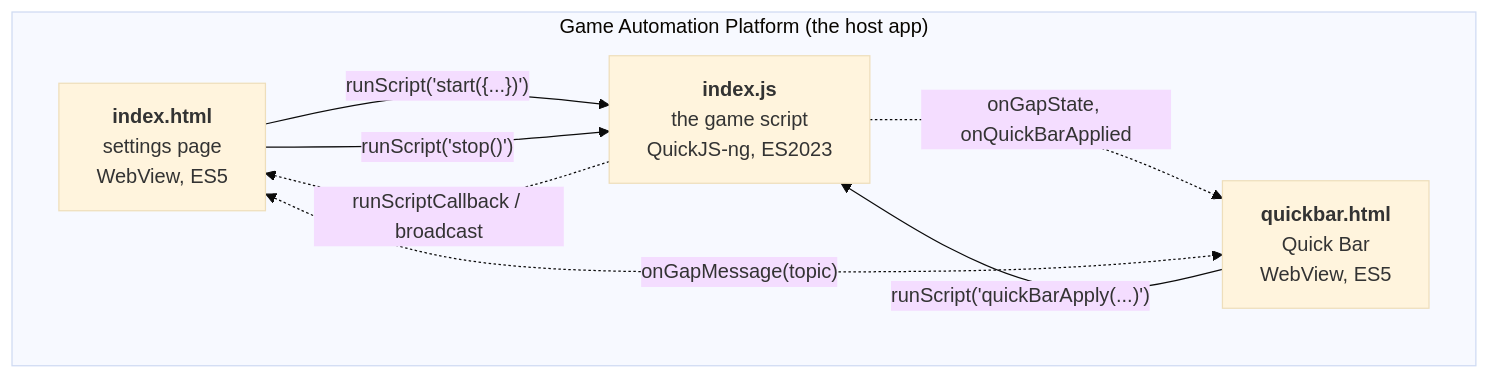
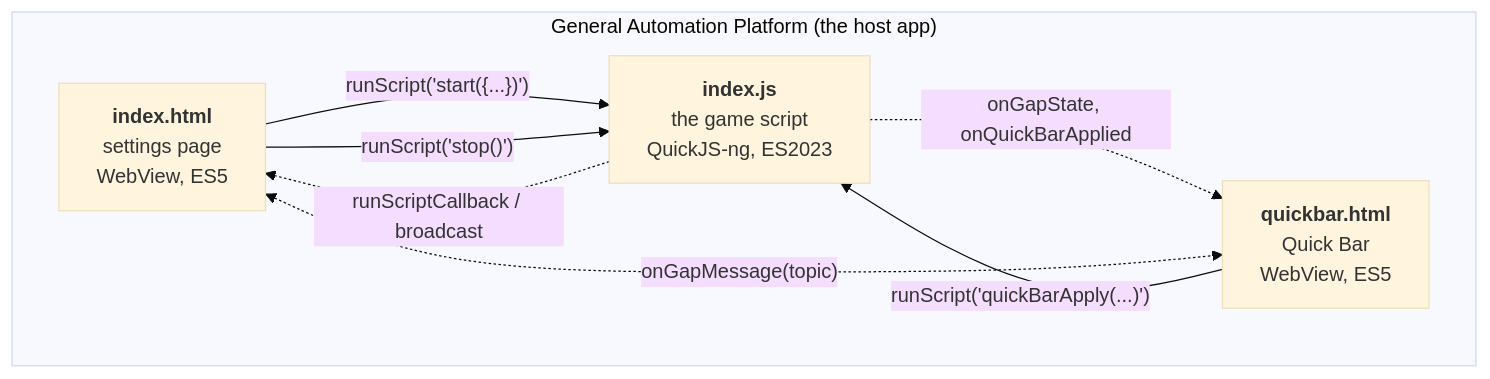
The diagram in website/docs/architecture/three-worlds.md (TsumTsumScripts/tsum-tsum-script), drawn with Mermaid (base theme) before and after one commit. The commit also changed 16 other files, not shown here.

First line of the commit message:
Rename host to General Automation Platform in docs and comments

````diff
--- a/website/docs/architecture/three-worlds.md
+++ b/website/docs/architecture/three-worlds.md
@@ -10,15 +10,15 @@
 ```mermaid
 flowchart LR
-  subgraph host["Game Automation Platform (the host app)"]
+  subgraph host["General Automation Platform (the host app)"]
     direction LR
     settings["<b>index.html</b><br/>settings page<br/>WebView, ES5"]
     quickbar["<b>quickbar.html</b><br/>Quick Bar<br/>WebView, ES5"]
     engine["<b>index.js</b><br/>the game script<br/>QuickJS-ng, ES2023"]
   end
   settings -- "runScript('start({...})')" --> engine
   settings -- "runScript('stop()')" --> engine
   quickbar -- "runScript('quickBarApply(...)')" --> engine
   engine -. "runScriptCallback / broadcast" .-> settings
   engine -. "onGapState, onQuickBarApplied" .-> quickbar
   settings <-. "onGapMessage(topic)" .-> quickbar
 ```
````
